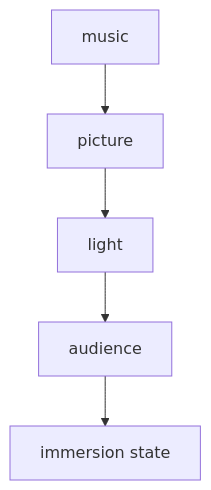
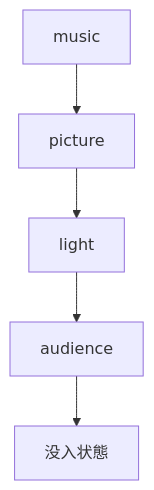
One commit to monumental-movement/monumental-movement.github.io changed the first of 3 diagrams in en/_posts/2026-04-25-column-andy-warhol-velvet-underground.md. Above: the diagram before and after it, drawn with Mermaid. The commit also changed other lines of this file and 445 other files, not shown here.

```diff
--- a/en/_posts/2026-04-25-column-andy-warhol-velvet-underground.md
+++ b/en/_posts/2026-04-25-column-andy-warhol-velvet-underground.md
@@ -86,7 +86,7 @@
 <div class="mermaid">
 flowchart TD
 A[music] --> B[picture]
 B --> C[light]
 C --> D[audience]
-D --> E[immersion state]
+D --> E[没入状態]
 </div>
```
